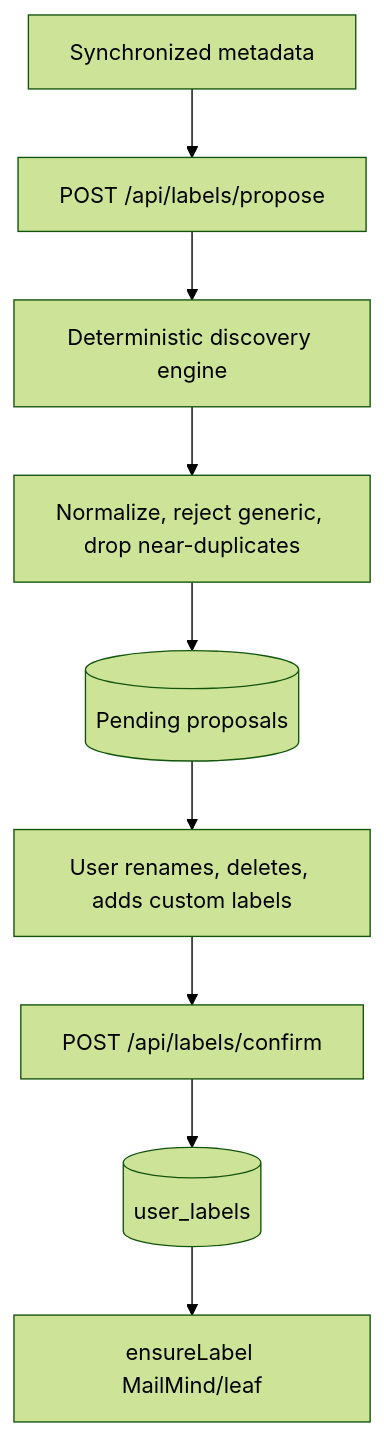
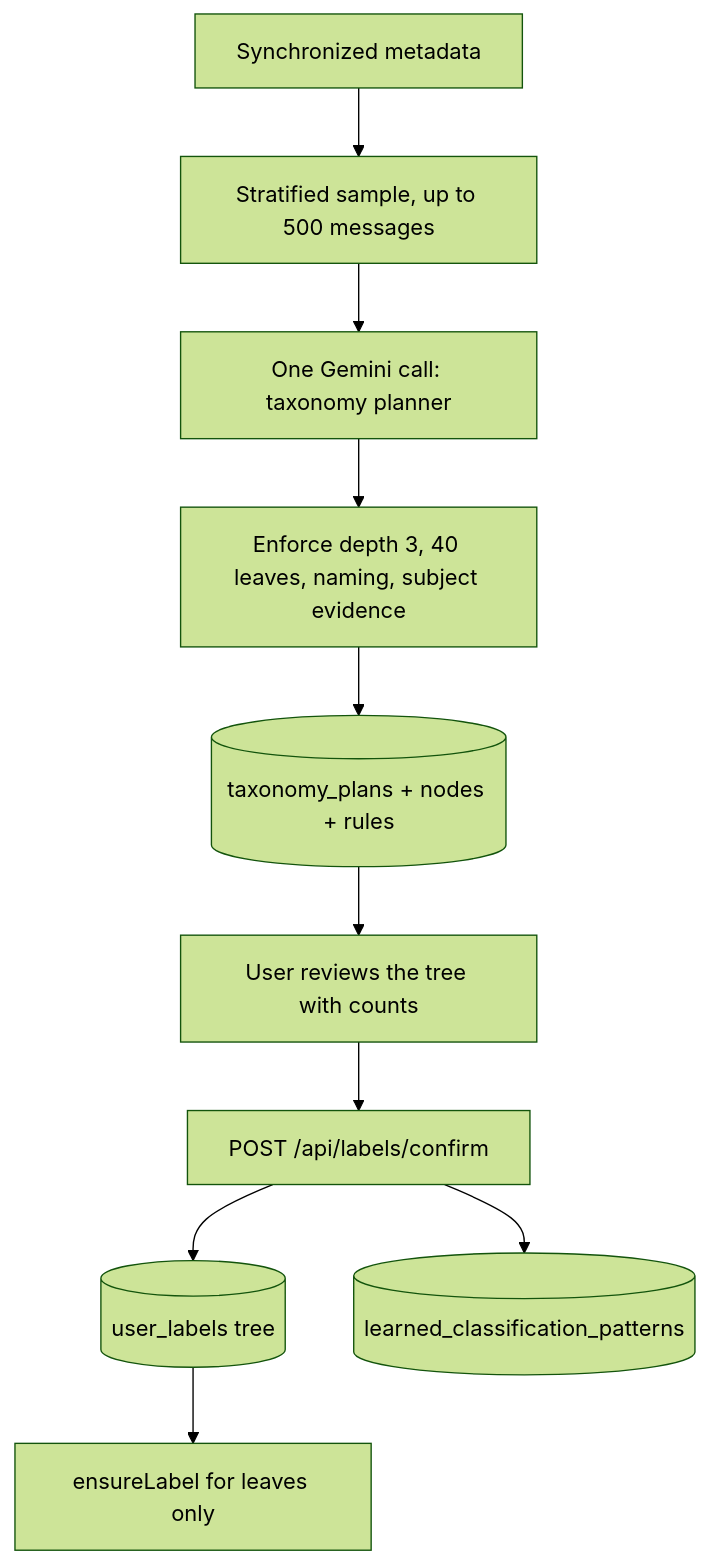
The fifth of 5 diagrams in docs/architecture.md (Asongwelewis/AI-email-organizer-for-gmail), drawn with Mermaid (forest theme) before and after one commit. The commit also changed other lines of this file and 40 other files, not shown here.

````diff
--- a/docs/architecture.md
+++ b/docs/architecture.md
@@ -133,11 +133,12 @@
 ```mermaid
 flowchart TD
-    Sync[Synchronized metadata] --> Propose[POST /api/labels/propose]
-    Propose --> Engine[Deterministic discovery engine]
-    Engine --> Validate[Normalize, reject generic, drop near-duplicates]
-    Validate --> Pending[(Pending proposals)]
-    Pending --> Edit[User renames, deletes, adds custom labels]
-    Edit --> Confirm[POST /api/labels/confirm]
-    Confirm --> Store[(user_labels)]
-    Store --> Gmail[ensureLabel MailMind/leaf]
+    Sync[Synchronized metadata] --> Sample[Stratified sample, up to 500 messages]
+    Sample --> Planner[One Gemini call: taxonomy planner]
+    Planner --> Validate[Enforce depth 3, 40 leaves, naming, subject evidence]
+    Validate --> Plan[(taxonomy_plans + nodes + rules)]
+    Plan --> Review[User reviews the tree with counts]
+    Review --> Confirm[POST /api/labels/confirm]
+    Confirm --> Store[(user_labels tree)]
+    Confirm --> Rules[(learned_classification_patterns)]
+    Store --> Gmail[ensureLabel for leaves only]
 ```
````
